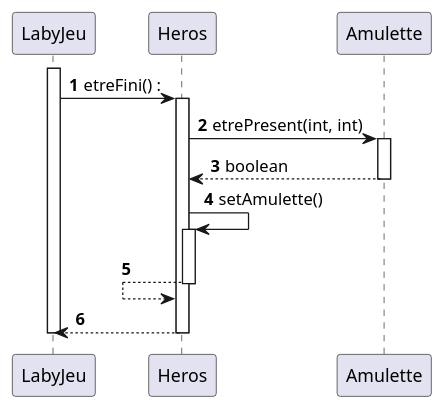
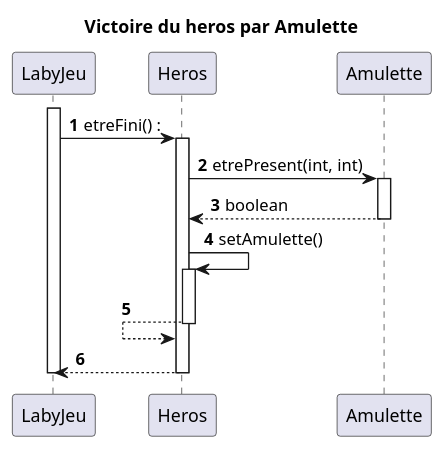
One commit to crochetremi/2025_Zeldiablo2_e20157u_e82008u_e89209u_e26078u changed the diagram in documents/version_4/DS_VictoireHerosAmulette.puml. Above: the diagram before and after it, drawn with PlantUML. The commit also changed 4 other files, not shown here.

Commit message:
ajout des titres dans les diagrammes

```diff
--- a/documents/version_4/DS_VictoireHerosAmulette.puml
+++ b/documents/version_4/DS_VictoireHerosAmulette.puml
@@ -1,29 +1,31 @@
 @startuml
 'https://plantuml.com/sequence-diagram
+
+title Victoire du heros par Amulette
 
 autonumber
 
 Participant "LabyJeu" as labyjeu
 Participant "Heros" as heros
 Participant "Amulette" as amulette
 
 activate labyjeu
 labyjeu ->  heros : etreFini() :
 
 activate heros
 heros -> amulette : etrePresent(int, int)
 
 activate amulette
 heros <-- amulette : boolean
 deactivate amulette
 heros -> heros : setAmulette()
 activate heros
 
 heros <-- heros
 deactivate heros
 
 labyjeu <-- heros
 
 deactivate heros
 deactivate labyjeu
 @enduml
```
